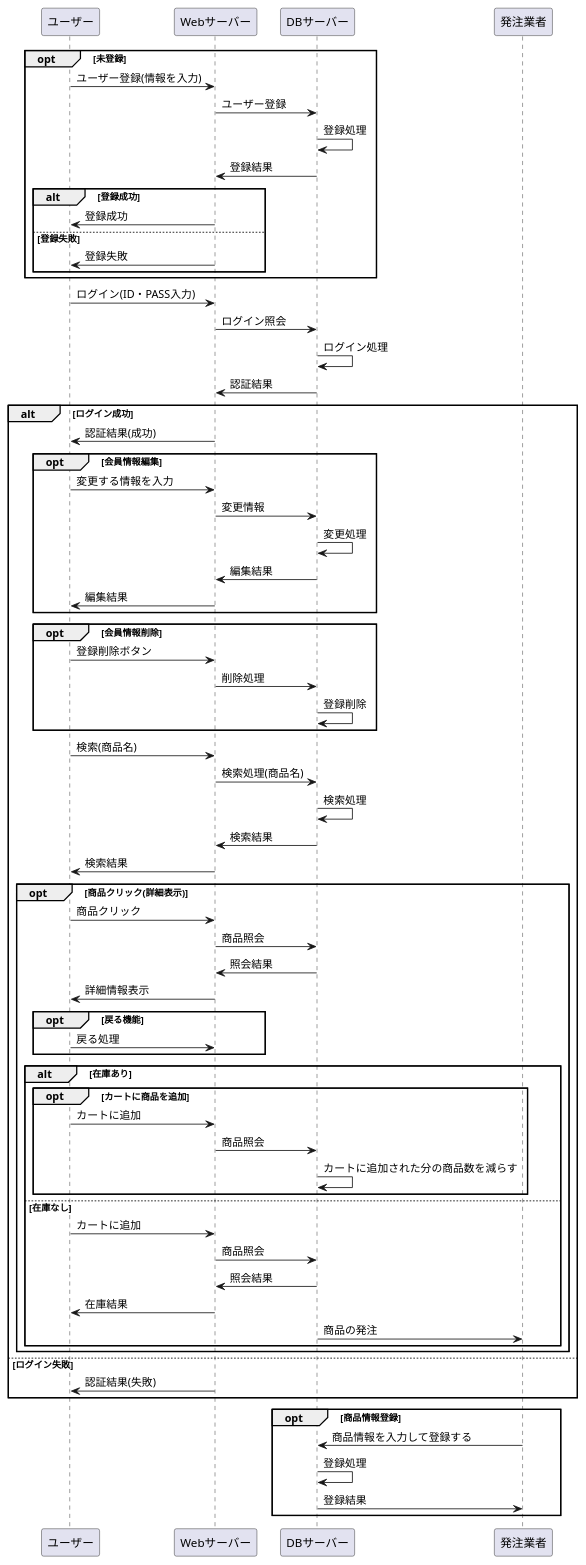
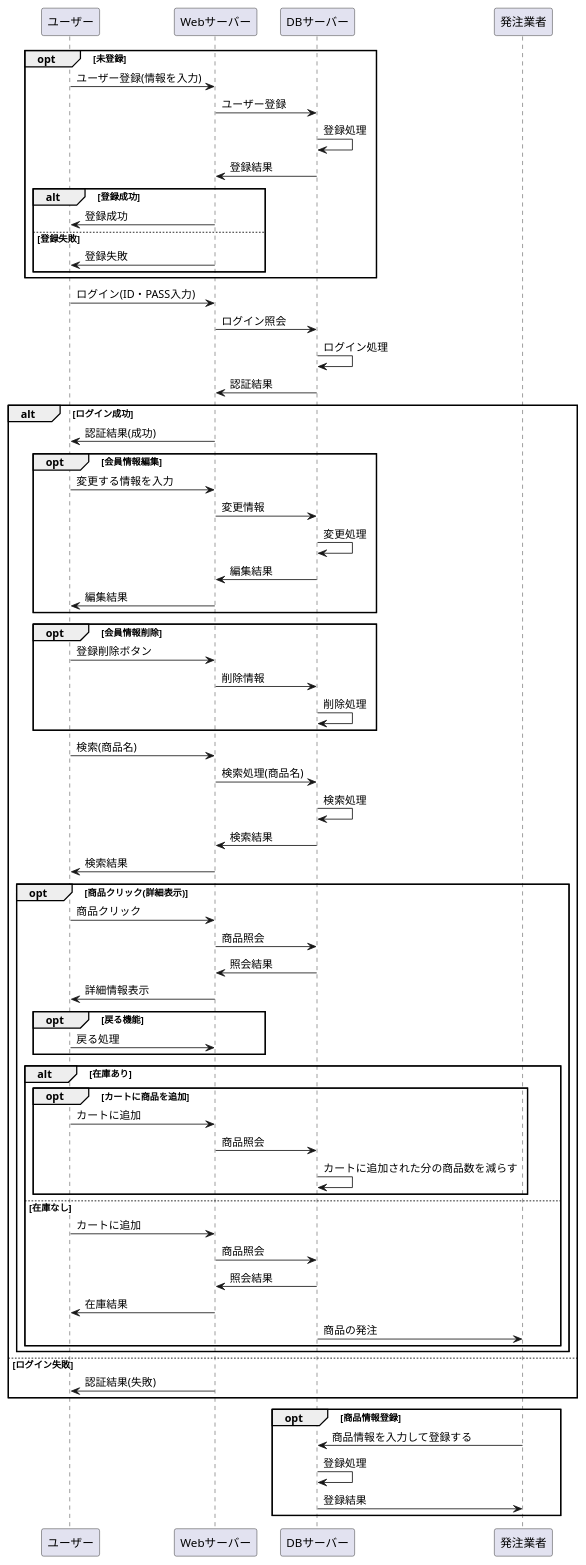
One commit to Aso2001154/2021sys-design changed the diagram in cookjob.md. Above: the diagram before and after it, drawn with PlantUML.

````diff
--- a/cookjob.md
+++ b/cookjob.md
@@ -1,74 +1,74 @@
 ```uml
 @startuml
 opt 未登録
 ユーザー -> Webサーバー : ユーザー登録(情報を入力)
 Webサーバー -> DBサーバー : ユーザー登録
 DBサーバー -> DBサーバー : 登録処理
 DBサーバー -> Webサーバー : 登録結果
 
 alt 登録成功
 Webサーバー -> ユーザー : 登録成功
 else 登録失敗
 Webサーバー -> ユーザー : 登録失敗
 end
 end
 
 ユーザー -> Webサーバー : ログイン(ID・PASS入力)
 Webサーバー -> DBサーバー : ログイン照会
 DBサーバー -> DBサーバー : ログイン処理
 DBサーバー -> Webサーバー : 認証結果
 
 alt ログイン成功
 Webサーバー -> ユーザー : 認証結果(成功)
 
 opt 会員情報編集
 ユーザー -> Webサーバー : 変更する情報を入力
 Webサーバー -> DBサーバー :変更情報
 DBサーバー -> DBサーバー : 変更処理
 DBサーバー -> Webサーバー : 編集結果
 Webサーバー -> ユーザー : 編集結果
 end
 
 opt 会員情報削除
 ユーザー -> Webサーバー : 登録削除ボタン
-Webサーバー -> DBサーバー : 削除処理
-DBサーバー-> DBサーバー : 登録削除
+Webサーバー -> DBサーバー : 削除情報
+DBサーバー-> DBサーバー : 削除処理
 end
 ユーザー -> Webサーバー : 検索(商品名)
 Webサーバー -> DBサーバー : 検索処理(商品名)
 DBサーバー -> DBサーバー : 検索処理
 DBサーバー -> Webサーバー : 検索結果
 Webサーバー -> ユーザー : 検索結果
 
 opt 商品クリック(詳細表示)
 ユーザー -> Webサーバー : 商品クリック
 Webサーバー -> DBサーバー : 商品照会
 DBサーバー -> Webサーバー : 照会結果
 Webサーバー -> ユーザー : 詳細情報表示
 opt 戻る機能
 ユーザー -> Webサーバー : 戻る処理
 end
 alt 在庫あり
 opt カートに商品を追加
 ユーザー -> Webサーバー : カートに追加
 Webサーバー -> DBサーバー : 商品照会
 DBサーバー -> DBサーバー : カートに追加された分の商品数を減らす
 end
 else 在庫なし
 ユーザー -> Webサーバー : カートに追加
 Webサーバー -> DBサーバー : 商品照会
 DBサーバー -> Webサーバー : 照会結果
 Webサーバー -> ユーザー : 在庫結果
 DBサーバー -> 発注業者 : 商品の発注
 end
 end
 else ログイン失敗
 Webサーバー -> ユーザー : 認証結果(失敗)
 end
 opt 商品情報登録
 発注業者 -> DBサーバー : 商品情報を入力して登録する
 DBサーバー -> DBサーバー : 登録処理
 DBサーバー -> 発注業者 : 登録結果
 end
 @enduml
 ```
````
